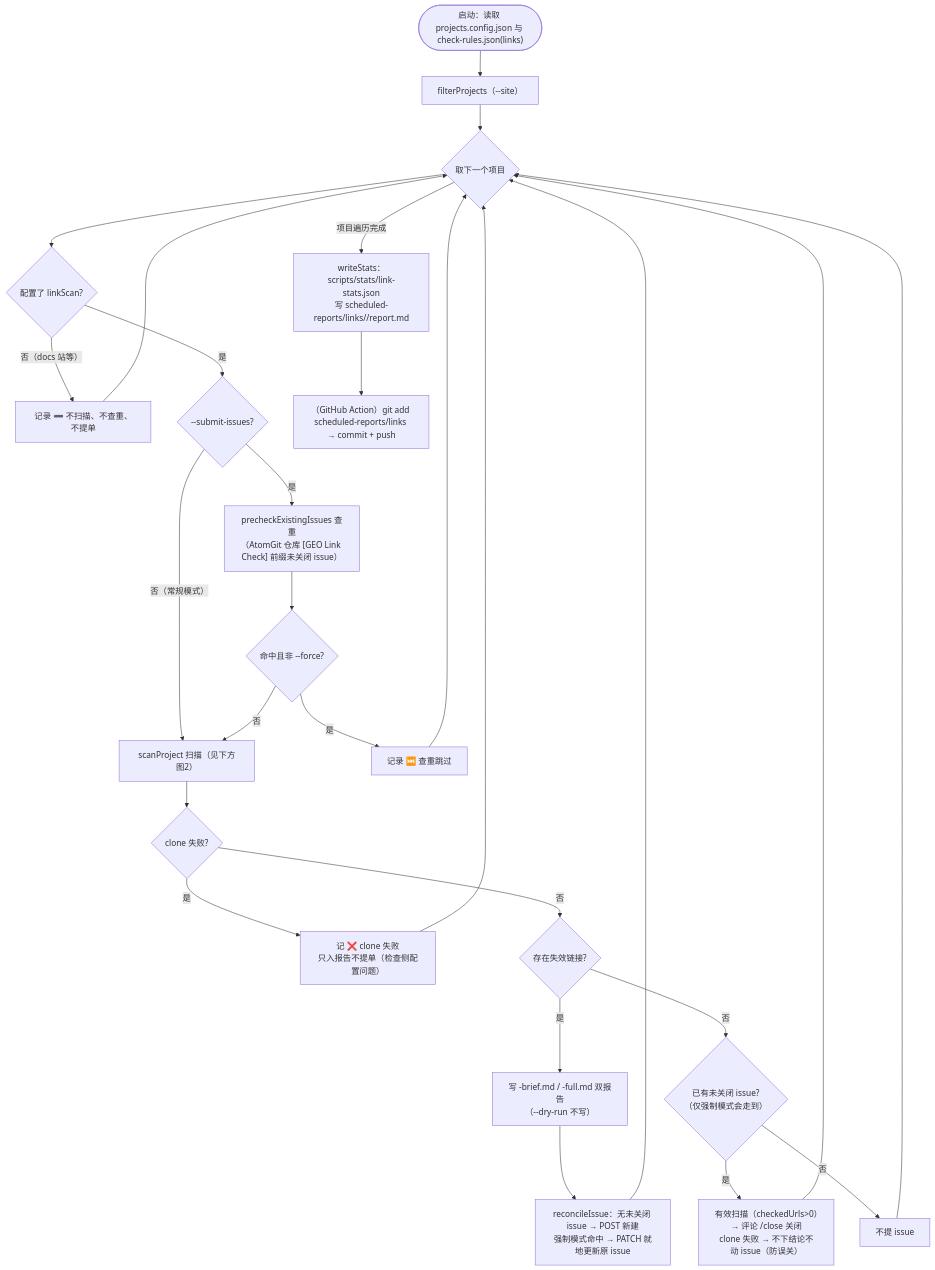
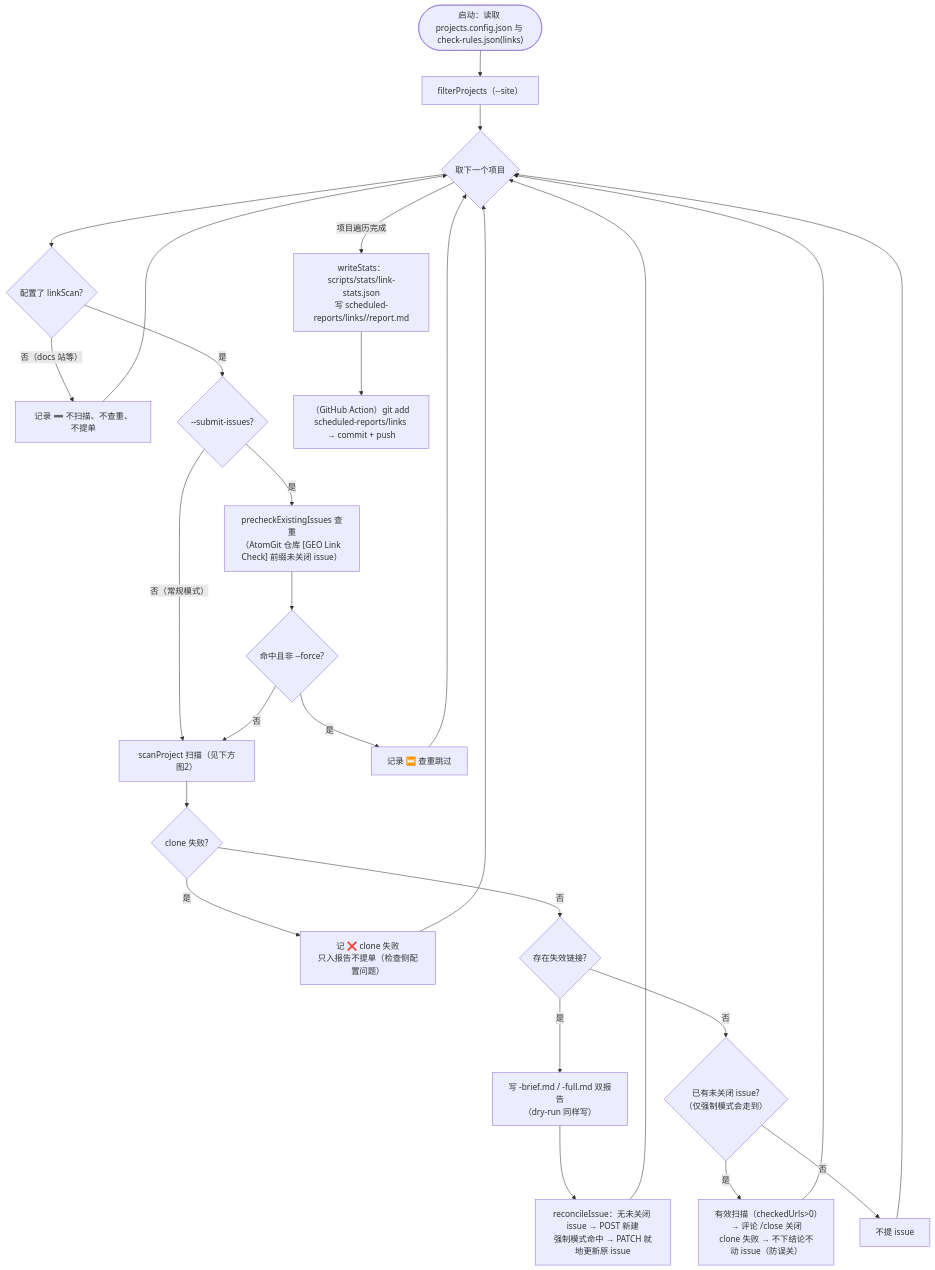
The first of 2 diagrams in measures/11-broken-link/工具与脚本.md (opensourceways/daily-check-workflow), drawn with Mermaid before and after one commit. The commit also changed other lines of this file and 3 other files, not shown here.

````diff
--- a/measures/11-broken-link/工具与脚本.md
+++ b/measures/11-broken-link/工具与脚本.md
@@ -73,28 +73,28 @@
 ```mermaid
 flowchart TD
     S(["启动：读取 projects.config.json 与 check-rules.json(links)"]) --> FLT["filterProjects（--site）"]
     FLT --> LOOP{"取下一个项目"}
 
     LOOP --> CFG{"配置了 linkScan?"}
     CFG -->|"否（docs 站等）"| REC["记录 ➖ 不扫描、不查重、不提单"]
     CFG -->|"是"| MODE{"--submit-issues?"}
 
     MODE -->|"否（常规模式）"| SCAN
     MODE -->|"是"| PRE["precheckExistingIssues 查重<br/>（AtomGit 仓库 [GEO Link Check] 前缀未关闭 issue）"]
     PRE --> BLOCK{"命中且非 --force?"}
     BLOCK -->|"是"| SKIP["记录 ⏭️ 查重跳过"]
     BLOCK -->|"否"| SCAN["scanProject 扫描（见下方图2）"]
 
     SCAN --> ERR{"clone 失败?"}
     ERR -->|"是"| RECERR["记 ❌ clone 失败<br/>只入报告不提单（检查侧配置问题）"]
     ERR -->|"否"| ISSUE{"存在失效链接?"}
 
-    ISSUE -->|"是"| DUAL["写 <ID>-brief.md / <ID>-full.md 双报告<br/>（--dry-run 不写）"] --> RECON["reconcileIssue：无未关闭 issue → POST 新建<br/>强制模式命中 → PATCH 就地更新原 issue"]
+    ISSUE -->|"是"| DUAL["写 <ID>-brief.md / <ID>-full.md 双报告<br/>（dry-run 同样写）"] --> RECON["reconcileIssue：无未关闭 issue → POST 新建<br/>强制模式命中 → PATCH 就地更新原 issue"]
     ISSUE -->|"否"| CLEAN{"已有未关闭 issue?<br/>（仅强制模式会走到）"}
     CLEAN -->|"是"| CLOSE["有效扫描（checkedUrls>0）→ 评论 /close 关闭<br/>clone 失败 → 不下结论不动 issue（防误关）"]
     CLEAN -->|"否"| PASS["不提 issue"]
 
     REC & SKIP & RECERR & RECON & CLOSE & PASS --> LOOP
     LOOP -->|"项目遍历完成"| OUT["writeStats：scripts/stats/link-stats.json<br/>写 scheduled-reports/links/<date>/report.md"]
     OUT --> COMMIT["（GitHub Action）git add scheduled-reports/links → commit + push"]
 ```
````
